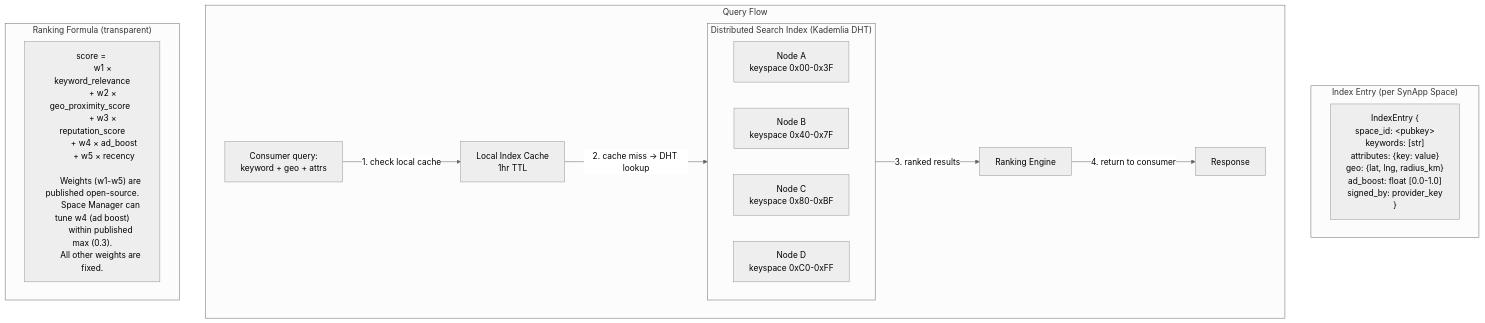
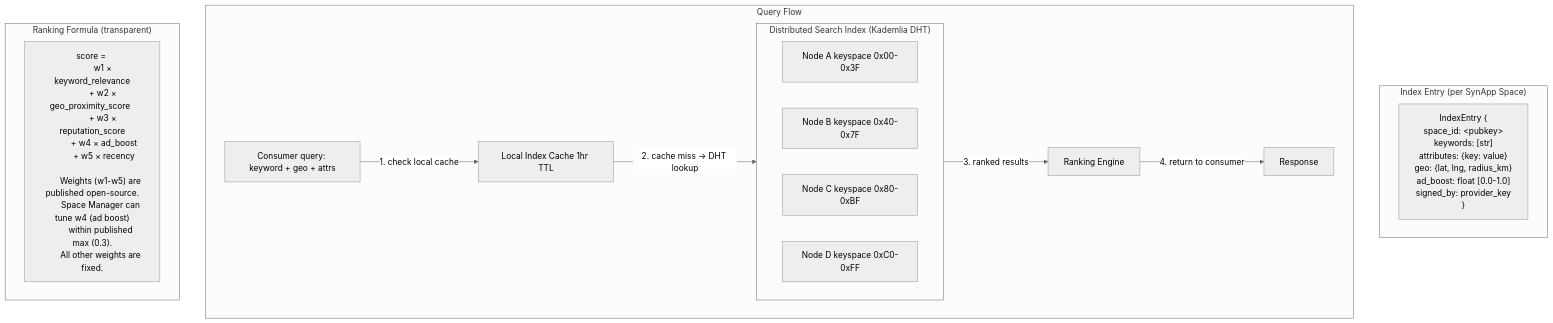
Before and after one commit to syneroym/syneroym: the tenth of 21 diagrams in docs/architecture.md, drawn with Mermaid (neutral theme). The commit also changed other lines of this file, not shown here.

````diff
--- a/docs/architecture.md
+++ b/docs/architecture.md
@@ -373,43 +372,43 @@
 ```mermaid
 flowchart TD
     subgraph DHT["Distributed Search Index (Kademlia DHT)"]
         direction LR
-        N1[Node A\nkeyspace 0x00-0x3F]
-        N2[Node B\nkeyspace 0x40-0x7F]
-        N3[Node C\nkeyspace 0x80-0xBF]
-        N4[Node D\nkeyspace 0xC0-0xFF]
+        N1[Node A keyspace 0x00-0x3F]
+        N2[Node B keyspace 0x40-0x7F]
+        N3[Node C keyspace 0x80-0xBF]
+        N4[Node D keyspace 0xC0-0xFF]
     end
 
     subgraph INDEX_ENTRY["Index Entry (per SynApp Space)"]
         E["IndexEntry {
           space_id: &lt;pubkey&gt;
           keywords: [str]
           attributes: {key: value}
           geo: {lat, lng, radius_km}
           ad_boost: float [0.0-1.0]
           signed_by: provider_key
         }"]
     end
 
     subgraph QUERY["Query Flow"]
-        Q[Consumer query:\nkeyword + geo + attrs]
-        Q -->|"1. check local cache"| LC[Local Index Cache\n1hr TTL]
+        Q[Consumer query: keyword + geo + attrs]
+        Q -->|"1. check local cache"| LC[Local Index Cache 1hr TTL]
         LC -->|"2. cache miss → DHT lookup"| DHT
         DHT -->|"3. ranked results"| RANK[Ranking Engine]
         RANK -->|"4. return to consumer"| RESP[Response]
     end
 
     subgraph RANKING["Ranking Formula (transparent)"]
         R["score = 
           w1 × keyword_relevance
           + w2 × geo_proximity_score  
           + w3 × reputation_score
           + w4 × ad_boost
           + w5 × recency
 
         Weights (w1-w5) are published open-source.
         Space Manager can tune w4 (ad boost)
         within published max (0.3).
         All other weights are fixed."]
     end
 ```
````
